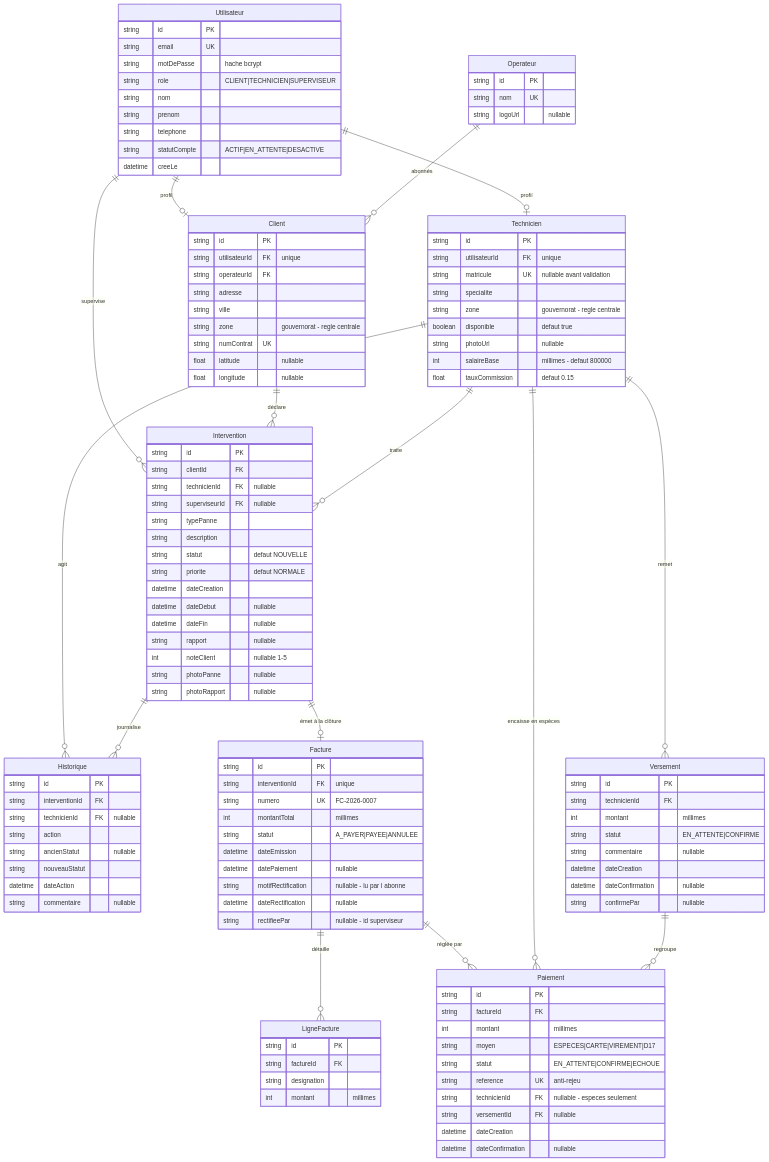
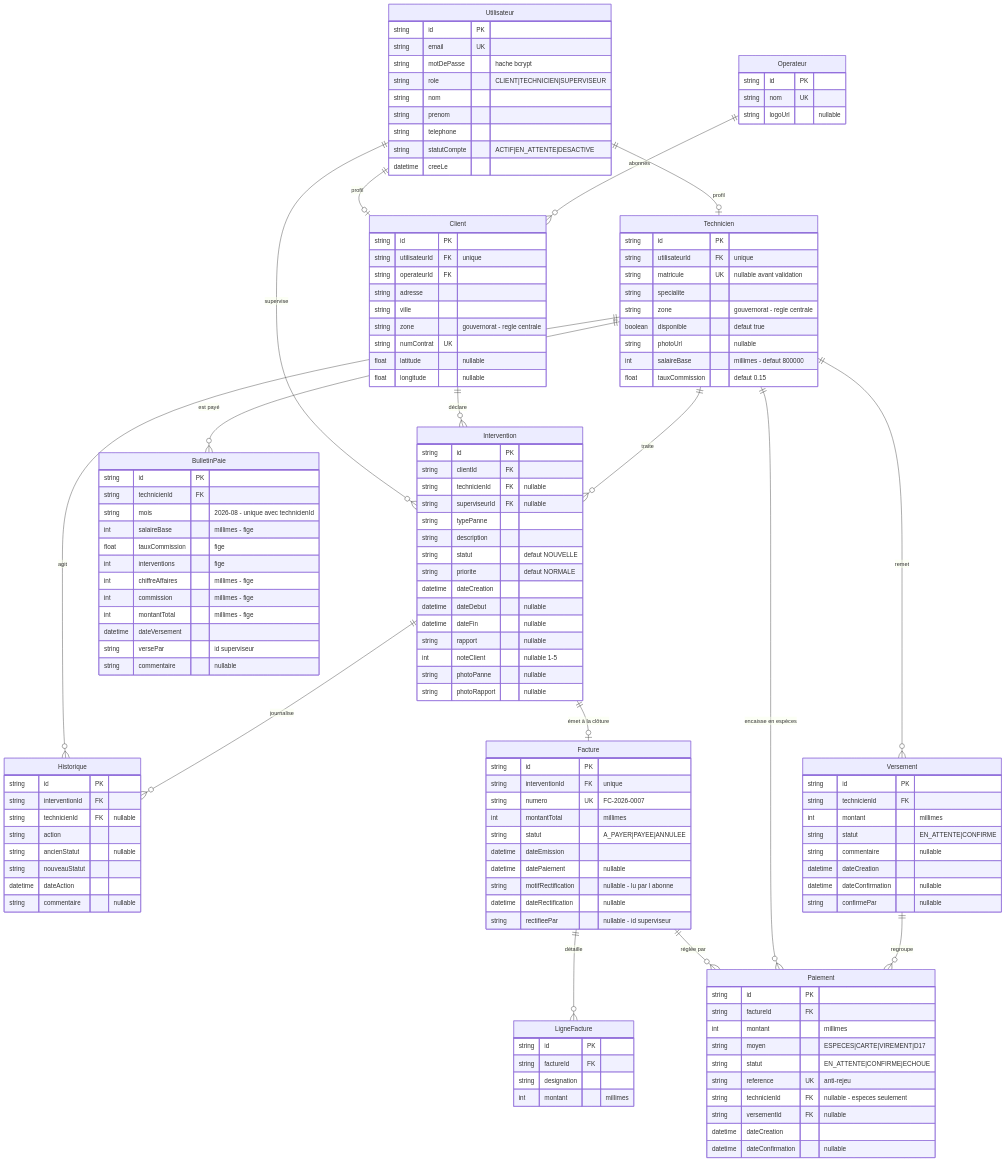
One commit to amer-oun/fibreconnect changed the diagram in README.md. Above: the diagram before and after it, drawn with Mermaid. The commit also changed other lines of this file and 10 other files, not shown here.

````diff
--- a/README.md
+++ b/README.md
@@ -126,6 +126,7 @@
     Technicien  ||--o{ Paiement : "encaisse en espèces"
     Technicien  ||--o{ Versement : "remet"
     Versement   ||--o{ Paiement : "regroupe"
+    Technicien  ||--o{ BulletinPaie : "est payé"
 
     Utilisateur {
         string   id PK
@@ -241,4 +242,19 @@
         datetime dateConfirmation "nullable"
         string   confirmePar "nullable"
     }
+
+    BulletinPaie {
+        string   id PK
+        string   technicienId FK
+        string   mois "2026-08 - unique avec technicienId"
+        int      salaireBase "millimes - fige"
+        float    tauxCommission "fige"
+        int      interventions "fige"
+        int      chiffreAffaires "millimes - fige"
+        int      commission "millimes - fige"
+        int      montantTotal "millimes - fige"
+        datetime dateVersement
+        string   versePar "id superviseur"
+        string   commentaire "nullable"
+    }
 ```
````
